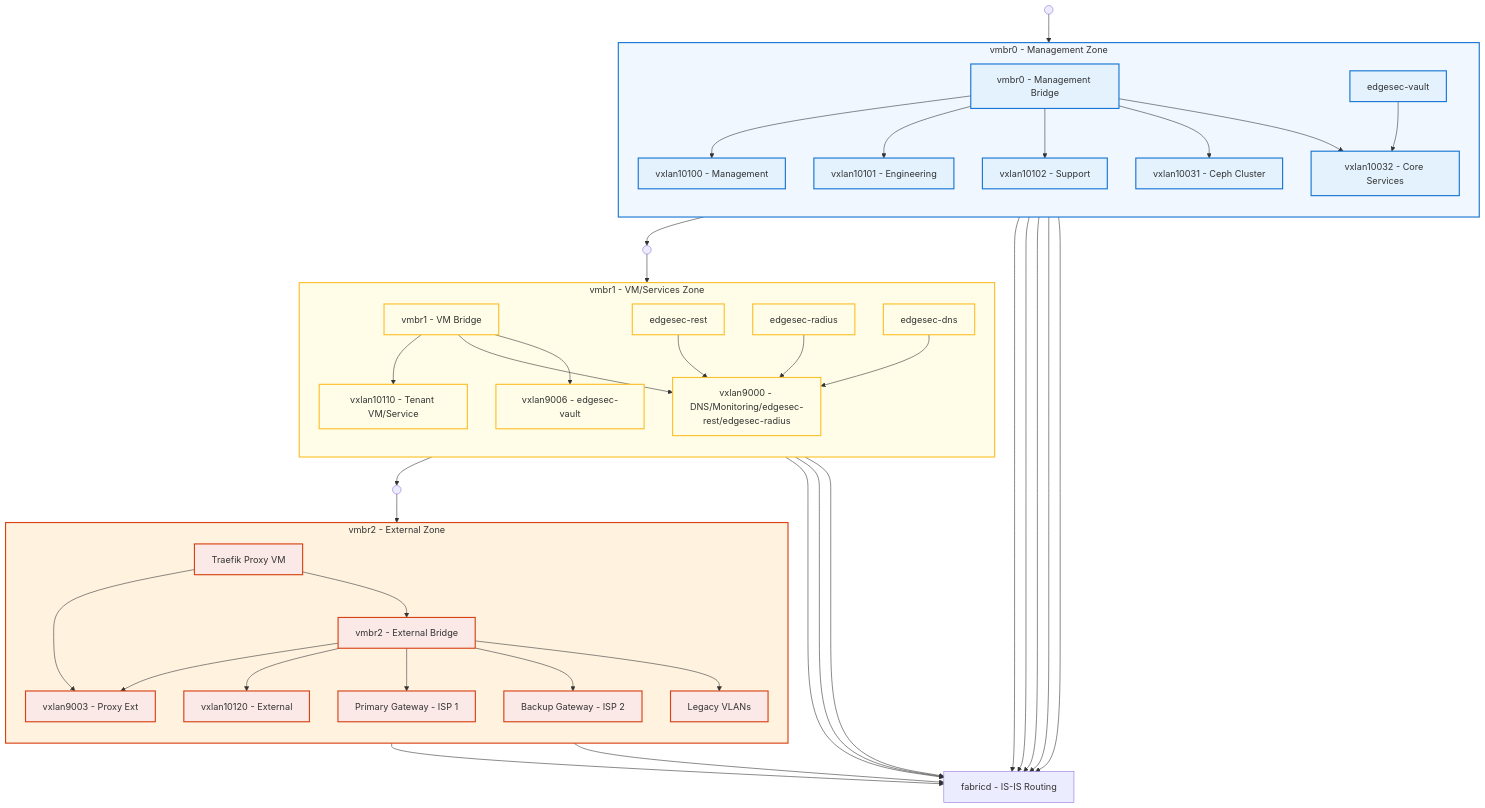
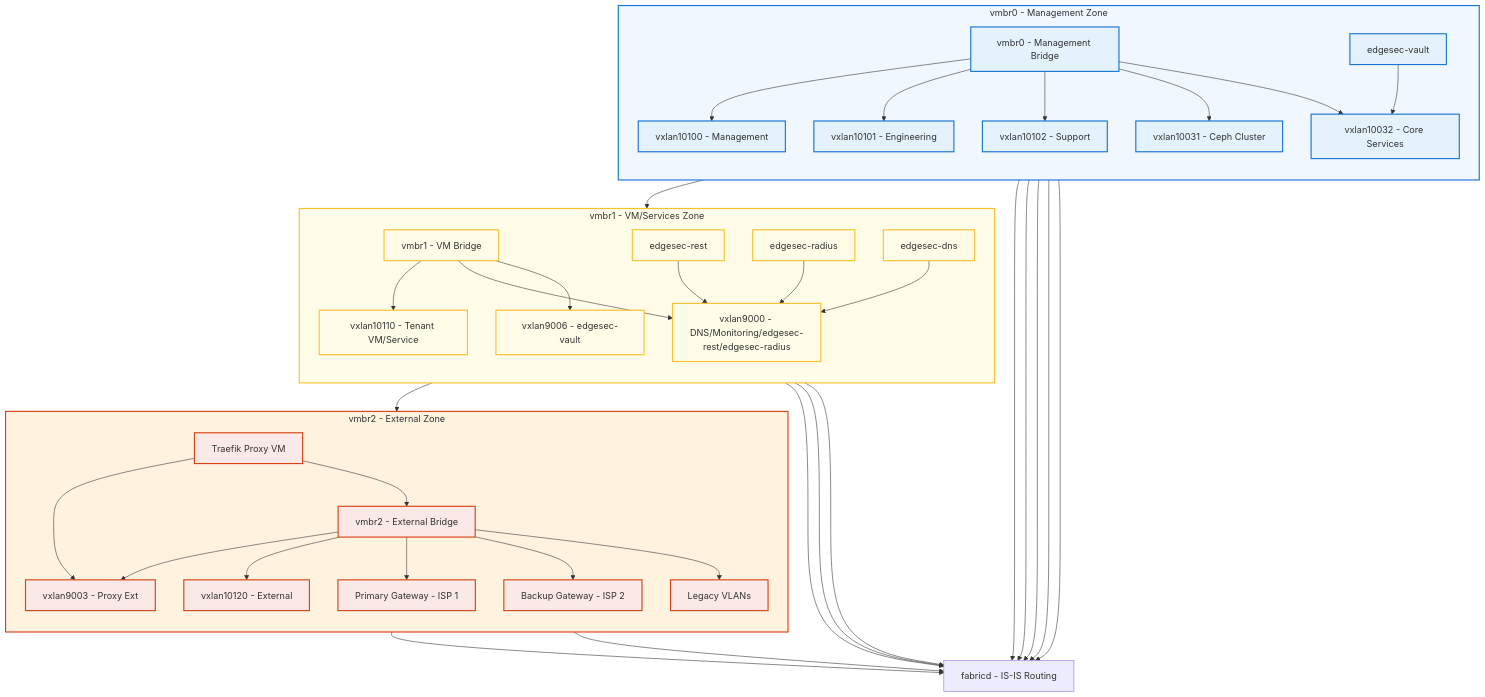
The diagram in README.md (CEP-Comwell/proxmox_addons), drawn with Mermaid before and after one commit.

Commit message:
updated graph LR position

````diff
--- a/README.md
+++ b/README.md
@@ -59,10 +59,5 @@
 ```mermaid
 graph TD
-
-  %% Invisible nodes for vertical alignment and indentation
-  MgmtStart(( ))
-  VMStart(( ))
-  ExtStart(( ))
 
   %% Management Zone (top left)
   subgraph MgmtZone[vmbr0 - Management Zone]
@@ -84,50 +79,47 @@
   end
 
   %% VM/Services Zone (middle, indented)
-  subgraph VMZone[    vmbr1 - VM/Services Zone]
+  subgraph VMZone[vmbr1 - VM/Services Zone]
     direction TB
     style VMZone fill:#fffde7,stroke:#fbc02d,stroke-width:2px
-    VMBridge[    vmbr1 - VM Bridge]
-    VX10110[    vxlan10110 - Tenant VM/Service]
-    VX9000[    vxlan9000 - DNS/Monitoring/edgesec-rest/edgesec-radius]
-    VX9006[    vxlan9006 - edgesec-vault]
+    VMBridge[vmbr1 - VM Bridge]
+    VX10110[vxlan10110 - Tenant VM/Service]
+    VX9000[vxlan9000 - DNS/Monitoring/edgesec-rest/edgesec-radius]
+    VX9006[vxlan9006 - edgesec-vault]
     VMBridge --> VX10110
     VMBridge --> VX9000
     VMBridge --> VX9006
-    RestVM[    edgesec-rest]
-    RadiusVM[    edgesec-radius]
-    DNSVM[    edgesec-dns]
+    RestVM[edgesec-rest]
+    RadiusVM[edgesec-radius]
+    DNSVM[edgesec-dns]
     RestVM --> VX9000
     RadiusVM --> VX9000
     DNSVM --> VX9000
   end
 
   %% External Zone (bottom, more indented)
-  subgraph ExtZone[        vmbr2 - External Zone]
+  subgraph ExtZone[vmbr2 - External Zone]
     direction TB
     style ExtZone fill:#fff3e0,stroke:#d84315,stroke-width:2px
-    ExtBridge[        vmbr2 - External Bridge]
-    VX9003[        vxlan9003 - Proxy Ext]
-    VX10120[        vxlan10120 - External]
+    ExtBridge[vmbr2 - External Bridge]
+    VX9003[vxlan9003 - Proxy Ext]
+    VX10120[vxlan10120 - External]
     ExtBridge --> VX9003
     ExtBridge --> VX10120
-    ProxyVM[        Traefik Proxy VM]
+    ProxyVM[Traefik Proxy VM]
     ProxyVM --> VX9003
     ProxyVM --> ExtBridge
-    Gateway1[        Primary Gateway - ISP 1]
-    Gateway2[        Backup Gateway - ISP 2]
-    LegacyVLAN[        Legacy VLANs]
+    Gateway1[Primary Gateway - ISP 1]
+    Gateway2[Backup Gateway - ISP 2]
+    LegacyVLAN[Legacy VLANs]
     ExtBridge --> Gateway1
     ExtBridge --> Gateway2
     ExtBridge --> LegacyVLAN
   end
 
-  %% Waterfall connections for vertical stacking and indentation
-  MgmtStart --> MgmtBridge
-  MgmtBridge --> VMStart
-  VMStart --> VMBridge
-  VMBridge --> ExtStart
-  ExtStart --> ExtBridge
+  %% Waterfall connections for strict vertical stacking
+  MgmtBridge --> VMBridge
+  VMBridge --> ExtBridge
 
   %% VXLANs to fabricd (global, not in subgraph)
   Fabricd[fabricd - IS-IS Routing]
````
